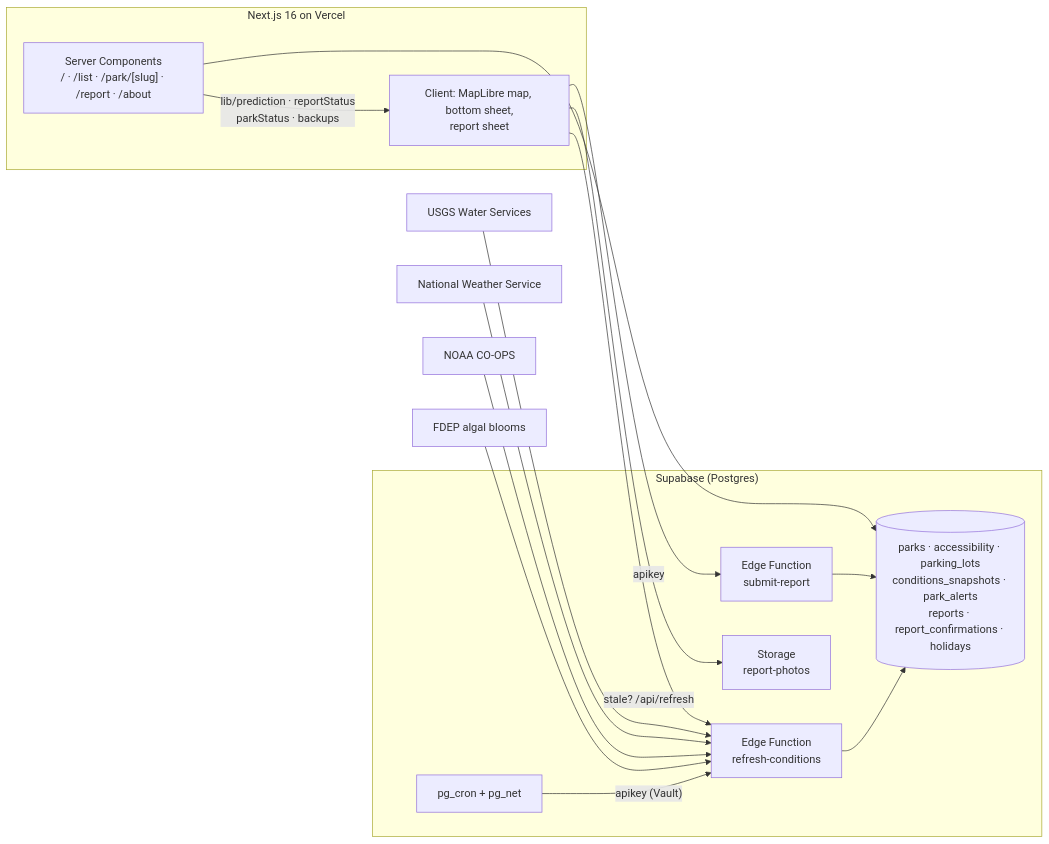
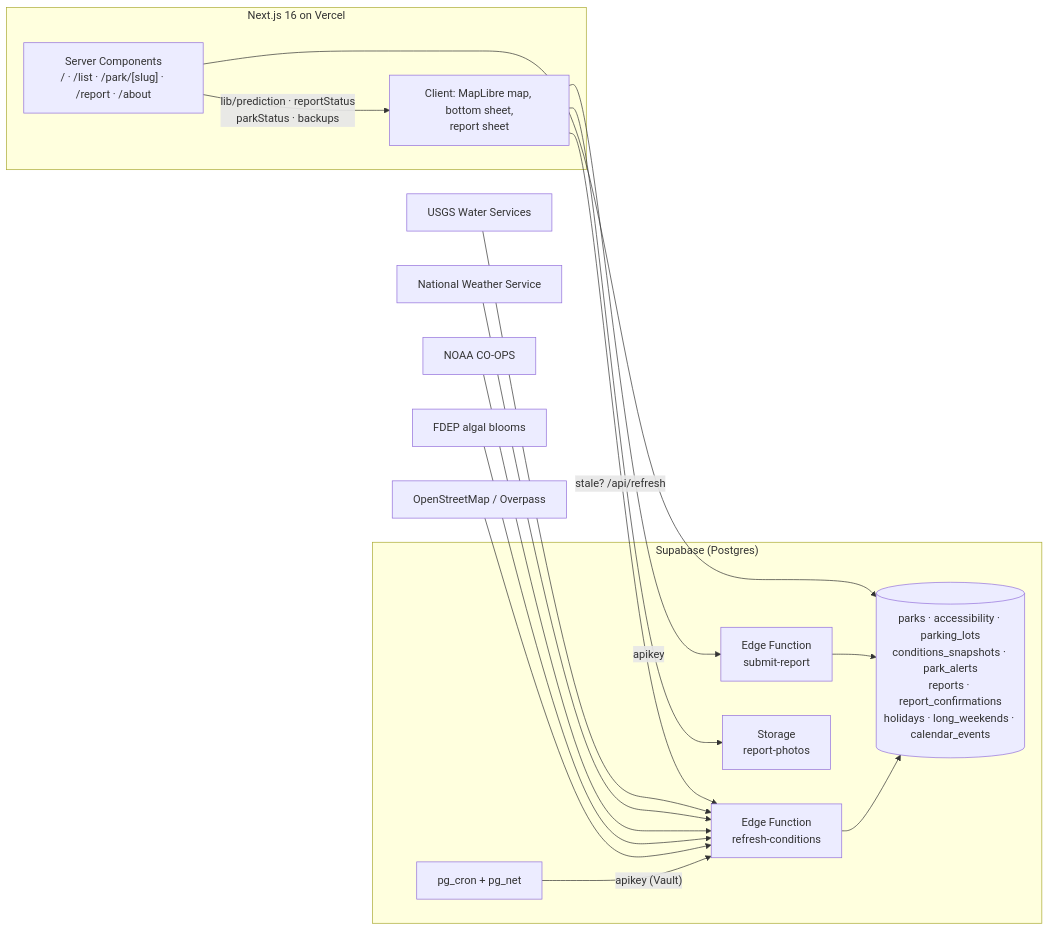
One commit to kofki/lakelens changed the diagram in README.md. Above: the diagram before and after it, drawn with Mermaid. The commit also changed other lines of this file and 321 other files, not shown here.

````diff
--- a/README.md
+++ b/README.md
@@ -36,25 +38,26 @@
 ```mermaid
 flowchart LR
   subgraph Supabase["Supabase (Postgres)"]
-    PG[(parks · accessibility · parking_lots<br/>conditions_snapshots · park_alerts<br/>reports · report_confirmations · holidays)]
+    PG[(parks · accessibility · parking_lots<br/>conditions_snapshots · park_alerts<br/>reports · report_confirmations<br/>holidays · long_weekends · calendar_events)]
     CRON[pg_cron + pg_net]
     EF[Edge Function<br/>submit-report]
     ST[Storage<br/>report-photos]
     EFR["Edge Function<br/>refresh-conditions"]
   end
   subgraph Vercel["Next.js 16 on Vercel"]
     PAGES["Server Components<br/>/ · /list · /park/[slug] · /report · /about"]
     CLIENT["Client: MapLibre map, bottom sheet,<br/>report sheet"]
   end
   USGS["USGS Water Services"] --> EFR
   NWS["National Weather Service"] --> EFR
   NOAA["NOAA CO-OPS"] --> EFR
   FDEP["FDEP algal blooms"] --> EFR
+  OSM["OpenStreetMap / Overpass"] --> EFR
   CRON -- "apikey (Vault)" --> EFR
   EFR --> PG
   PAGES --> PG
   PAGES -- "lib/prediction · reportStatus<br/>parkStatus · backups" --> CLIENT
   CLIENT -- "apikey" --> EF --> PG
   CLIENT --> ST
   CLIENT -- "stale? /api/refresh" --> EFR
 ```
````
